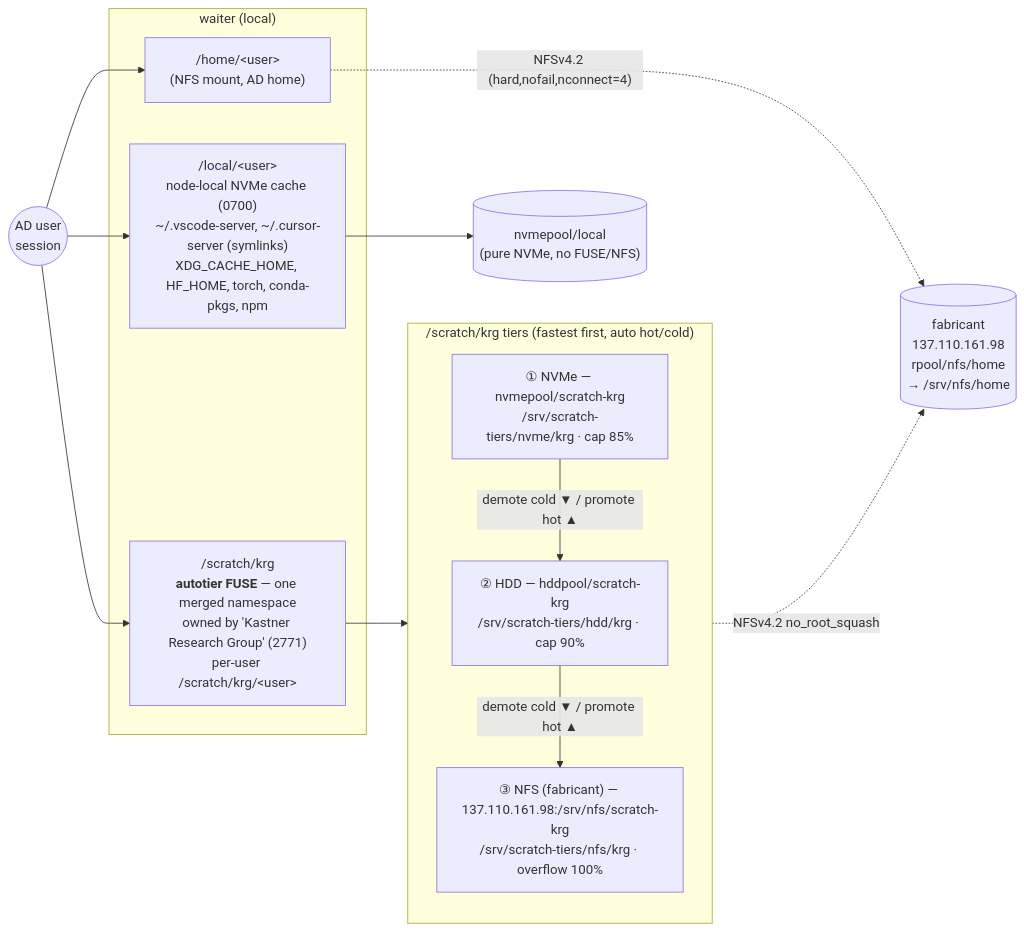
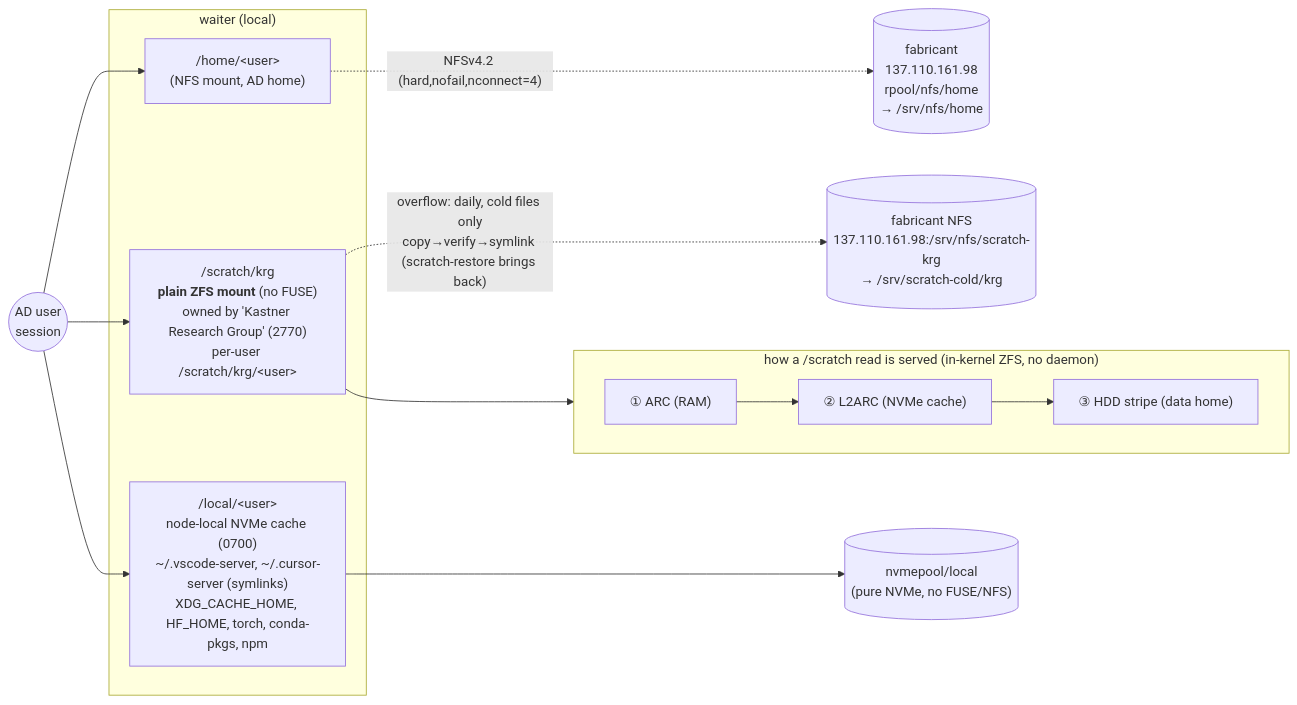
One commit to KastnerRG/krg-nixos-flakes changed the second of 3 diagrams in docs/waiter-topology.md. Above: the diagram before and after it, drawn with Mermaid. The commit also changed other lines of this file and 14 other files, not shown here.

````diff
--- a/docs/waiter-topology.md
+++ b/docs/waiter-topology.md
@@ -101,29 +117,28 @@
 ```mermaid
 flowchart LR
   user(("AD user<br/>session"))
 
   subgraph waiter["waiter (local)"]
     home["/home/&lt;user&gt;<br/>(NFS mount, AD home)"]
-    scratch["/scratch/krg<br/><b>autotier FUSE</b> — one merged namespace<br/>owned by 'Kastner Research Group' (2771)<br/>per-user /scratch/krg/&lt;user&gt;"]
+    scratch["/scratch/krg<br/><b>plain ZFS mount</b> (no FUSE)<br/>owned by 'Kastner Research Group' (2770)<br/>per-user /scratch/krg/&lt;user&gt;"]
     local["/local/&lt;user&gt;<br/>node-local NVMe cache (0700)<br/>~/.vscode-server, ~/.cursor-server (symlinks)<br/>XDG_CACHE_HOME, HF_HOME, torch, conda-pkgs, npm"]
   end
 
-  subgraph tiers["/scratch/krg tiers (fastest first, auto hot/cold)"]
-    direction TB
-    t1["① NVMe — nvmepool/scratch-krg<br/>/srv/scratch-tiers/nvme/krg · cap 85%"]
-    t2["② HDD — hddpool/scratch-krg<br/>/srv/scratch-tiers/hdd/krg · cap 90%"]
-    t3["③ NFS (fabricant) — 137.110.161.98:/srv/nfs/scratch-krg<br/>/srv/scratch-tiers/nfs/krg · overflow 100%"]
+  subgraph readpath["how a /scratch read is served (in-kernel ZFS, no daemon)"]
+    direction LR
+    r1["① ARC (RAM)"]
+    r2["② L2ARC (NVMe cache)"]
+    r3["③ HDD stripe (data home)"]
+    r1 --> r2 --> r3
   end
 
   user --> home
   user --> scratch
   user --> local
 
-  scratch --> t1
-  t1 -->|"demote cold ▼ / promote hot ▲"| t2
-  t2 -->|"demote cold ▼ / promote hot ▲"| t3
+  scratch --> readpath
 
+  scratch -.->|"overflow: daily, cold files only<br/>copy→verify→symlink (scratch-restore brings back)"| cold[("fabricant NFS<br/>137.110.161.98:/srv/nfs/scratch-krg<br/>→ /srv/scratch-cold/krg")]
   home -.->|"NFSv4.2 (hard,nofail,nconnect=4)"| fab[("fabricant<br/>137.110.161.98<br/>rpool/nfs/home<br/>→ /srv/nfs/home")]
-  t3 -.->|"NFSv4.2 no_root_squash"| fab
-  local --> nvmepool[("nvmepool/local<br/>(pure NVMe, no FUSE/NFS)")]
+  local --> nvl[("nvmepool/local<br/>(pure NVMe, no FUSE/NFS)")]
 ```
````
